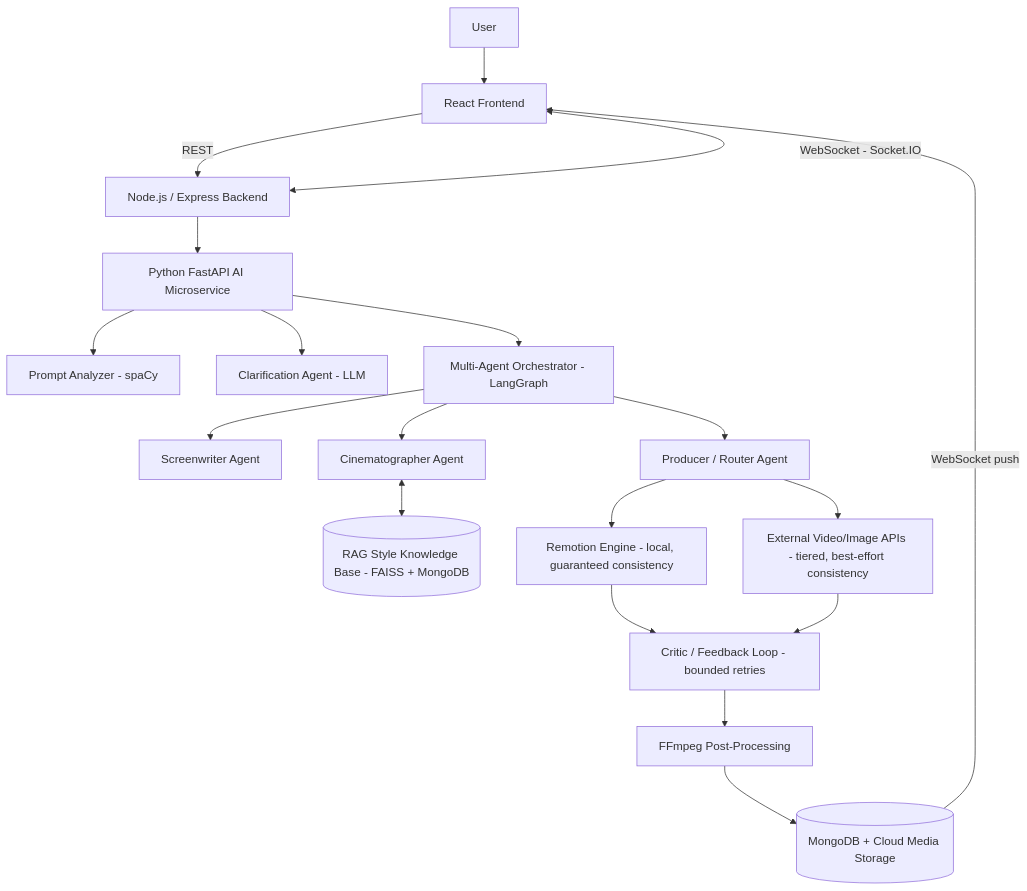
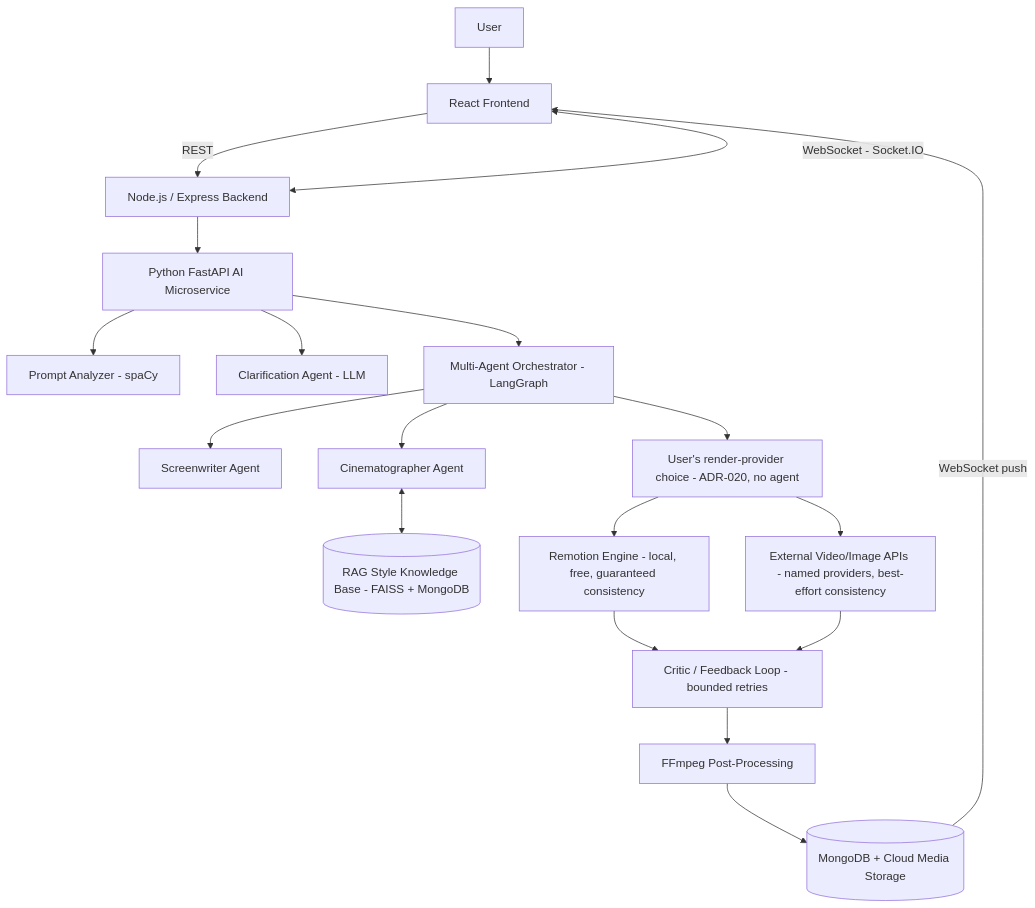
One commit to Majid580/Vidcraft changed the first of 11 diagrams in PROJECT_ARCHITECTURE.md. Above: the diagram before and after it, drawn with Mermaid. The commit also changed other lines of this file and 27 other files, not shown here.

````diff
--- a/PROJECT_ARCHITECTURE.md
+++ b/PROJECT_ARCHITECTURE.md
@@ -382,21 +382,22 @@
 ```mermaid
 flowchart TD
     U[User] --> FE[React Frontend]
     FE -->|REST| BE[Node.js / Express Backend]
     FE <-->|WebSocket - Socket.IO| BE
     BE --> AI[Python FastAPI AI Microservice]
     AI --> PA[Prompt Analyzer - spaCy]
     AI --> CA[Clarification Agent - LLM]
     AI --> ORCH[Multi-Agent Orchestrator - LangGraph]
     ORCH --> SW[Screenwriter Agent]
     ORCH --> CINE[Cinematographer Agent]
-    ORCH --> PROD[Producer / Router Agent]
     CINE <--> RAG[(RAG Style Knowledge Base - FAISS + MongoDB)]
-    PROD --> REM[Remotion Engine - local, guaranteed consistency]
-    PROD --> EXT[External Video/Image APIs - tiered, best-effort consistency]
+    SEL[User's render-provider choice - ADR-020, no agent]
+    ORCH --> SEL
+    SEL --> REM[Remotion Engine - local, free, guaranteed consistency]
+    SEL --> EXT[External Video/Image APIs - named providers, best-effort consistency]
     REM --> CRIT[Critic / Feedback Loop - bounded retries]
     EXT --> CRIT
     CRIT --> PP[FFmpeg Post-Processing]
     PP --> STORE[(MongoDB + Cloud Media Storage)]
     STORE -->|WebSocket push| FE
 ```
````
